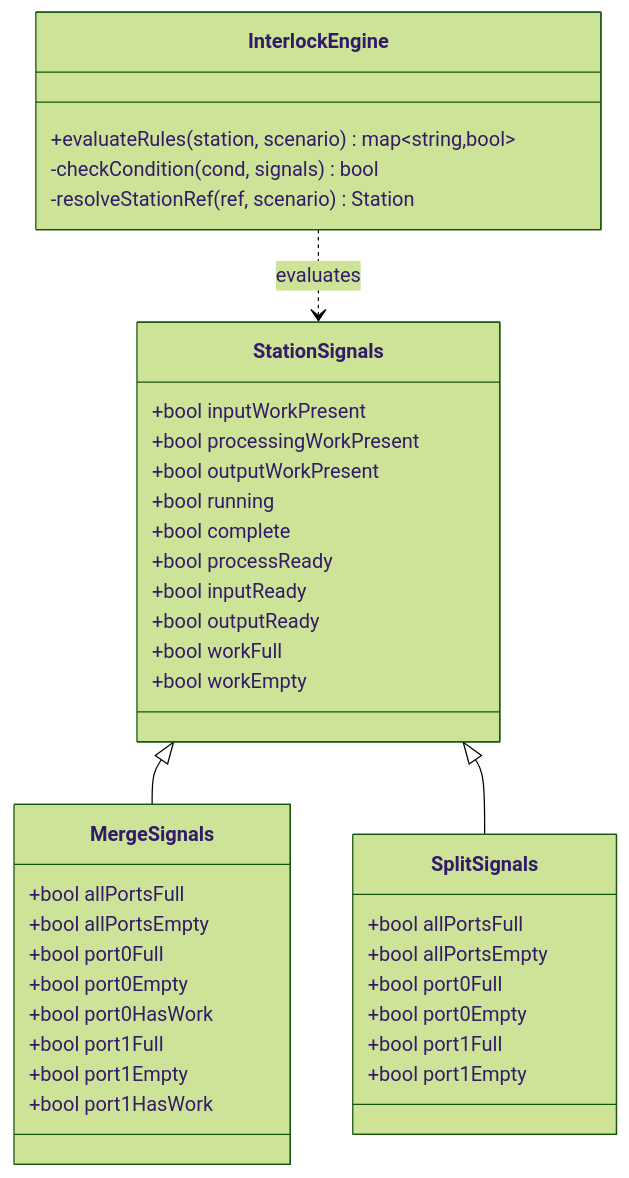
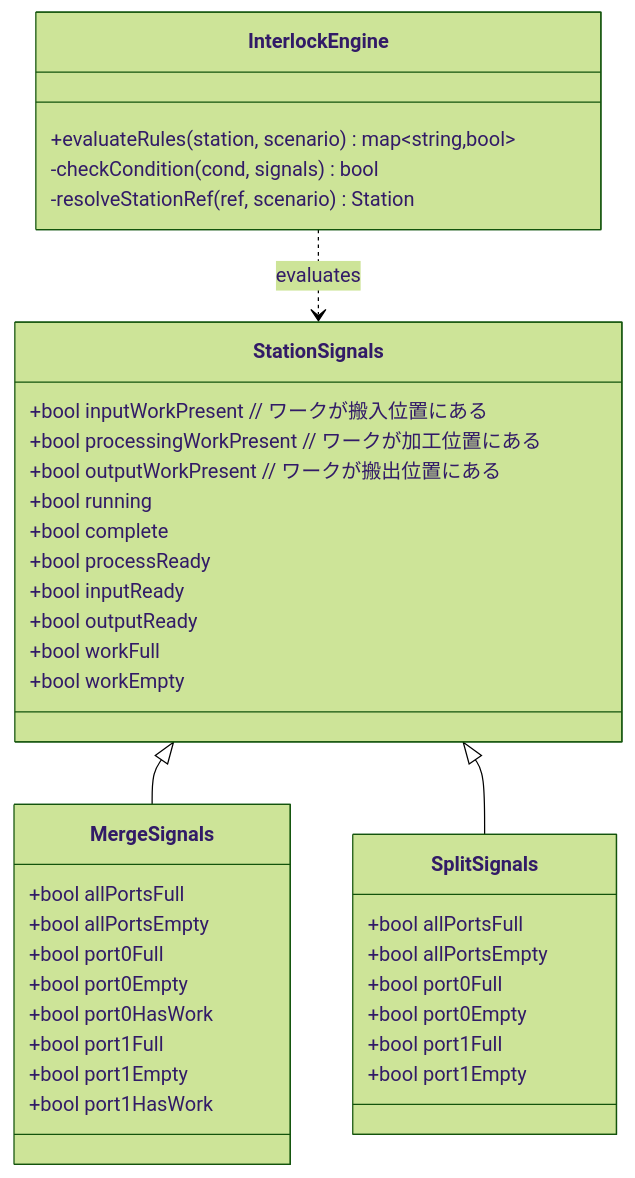
Diagram 11 of 11 in docs/architecture.md (masafumi-kadoi/factory-simulation), drawn with Mermaid (forest theme) before and after one commit. The commit also changed 10 other files, not shown here.

````diff
--- a/docs/architecture.md
+++ b/docs/architecture.md
@@ -818,45 +818,45 @@
 ```mermaid
 classDiagram
     class StationSignals {
-        +bool inputWorkPresent
-        +bool processingWorkPresent
-        +bool outputWorkPresent
+        +bool inputWorkPresent      // ワークが搬入位置にある
+        +bool processingWorkPresent // ワークが加工位置にある
+        +bool outputWorkPresent     // ワークが搬出位置にある
         +bool running
         +bool complete
         +bool processReady
         +bool inputReady
         +bool outputReady
         +bool workFull
         +bool workEmpty
     }
 
     class MergeSignals {
         +bool allPortsFull
         +bool allPortsEmpty
         +bool port0Full
         +bool port0Empty
         +bool port0HasWork
         +bool port1Full
         +bool port1Empty
         +bool port1HasWork
     }
 
     class SplitSignals {
         +bool allPortsFull
         +bool allPortsEmpty
         +bool port0Full
         +bool port0Empty
         +bool port1Full
         +bool port1Empty
     }
 
     class InterlockEngine {
         +evaluateRules(station, scenario) map~string,bool~
         -checkCondition(cond, signals) bool
         -resolveStationRef(ref, scenario) Station
     }
 
     StationSignals <|-- MergeSignals
     StationSignals <|-- SplitSignals
     InterlockEngine ..> StationSignals : evaluates
 ```
````
